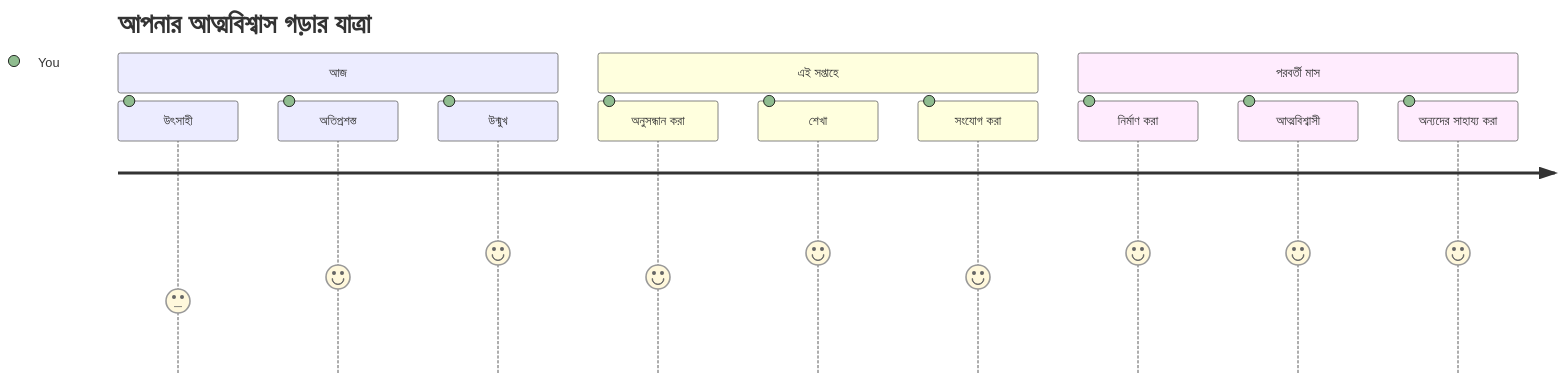
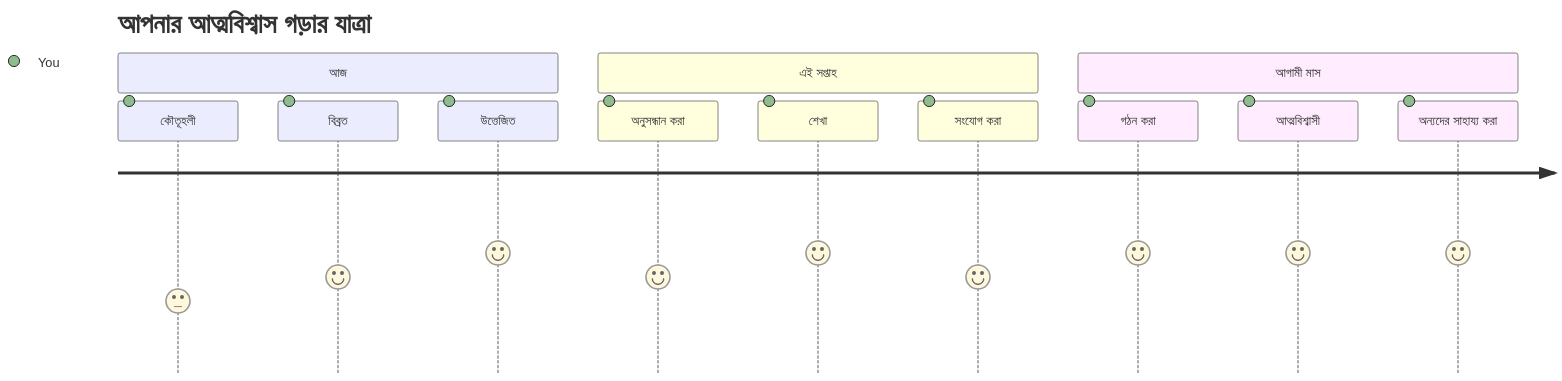
The seventh of 7 diagrams in translations/bn/1-getting-started-lessons/1-intro-to-programming-languages/README.md (microsoft/Web-Dev-For-Beginners), drawn with Mermaid before and after one commit. The commit also changed other lines of this file and 11 other files, not shown here.

````diff
--- a/translations/bn/1-getting-started-lessons/1-intro-to-programming-languages/README.md
+++ b/translations/bn/1-getting-started-lessons/1-intro-to-programming-languages/README.md
@@ -832,16 +831,16 @@
 ```mermaid
 journey
     title আপনার আত্মবিশ্বাস গড়ার যাত্রা
     section আজ
-      উৎসাহী: 3: You
-      অতিপ্রশস্ত: 4: You
-      উন্মুখ: 5: You
-    section এই সপ্তাহে
+      কৌতূহলী: 3: You
+      বিব্রত: 4: You
+      উত্তেজিত: 5: You
+    section এই সপ্তাহ
       অনুসন্ধান করা: 4: You
       শেখা: 5: You
       সংযোগ করা: 4: You
-    section পরবর্তী মাস
-      নির্মাণ করা: 5: You
+    section আগামী মাস
+      গঠন করা: 5: You
       আত্মবিশ্বাসী: 5: You
       অন্যদের সাহায্য করা: 5: You
 ```
````
